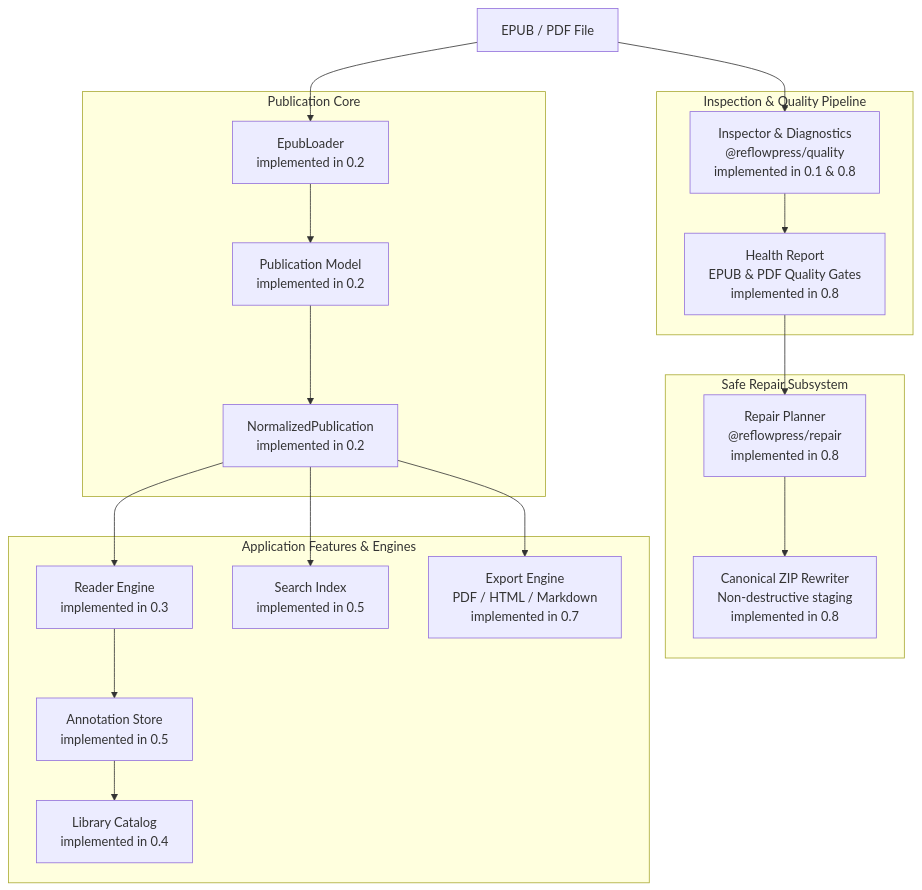
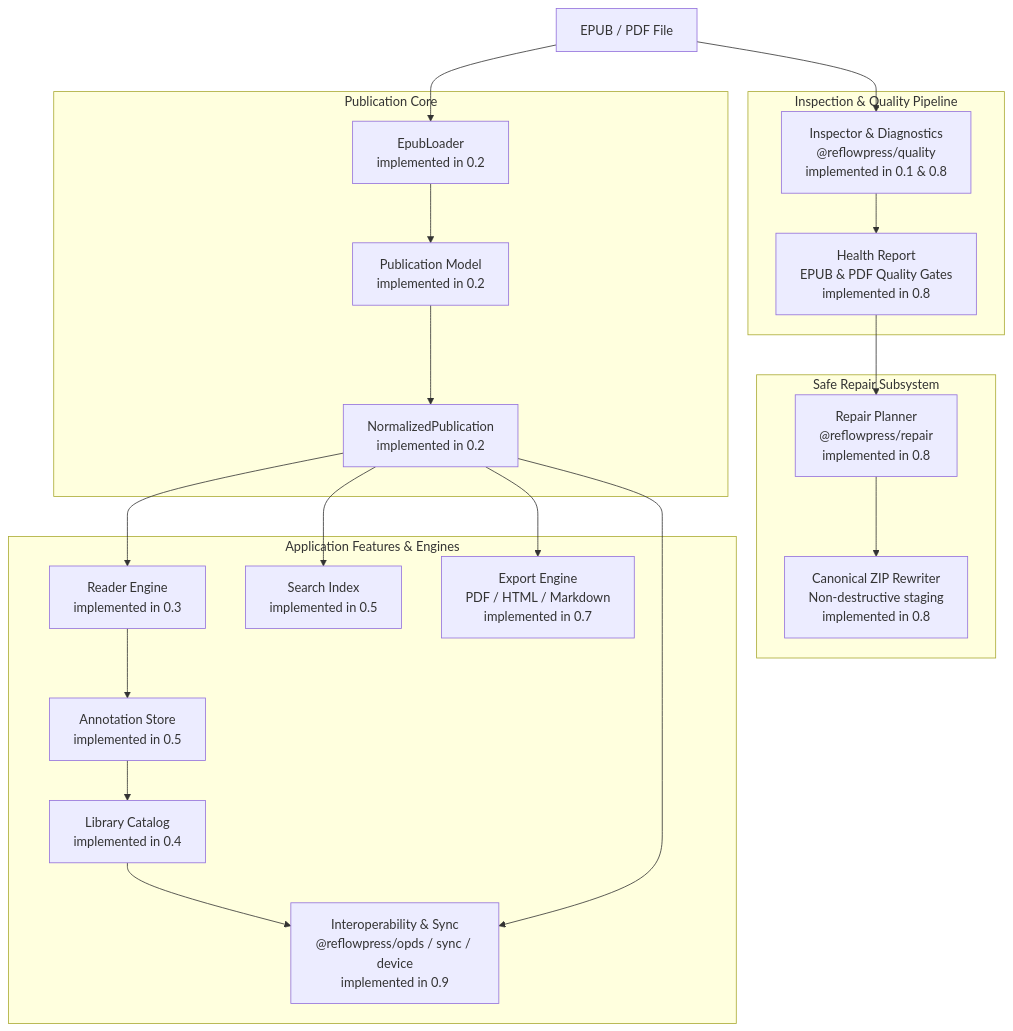
One commit to bosatsu25/ReflowPress changed the first of 9 diagrams in docs/architecture.md. Above: the diagram before and after it, drawn with Mermaid. The commit also changed other lines of this file and 10 other files, not shown here.

Commit message:
docs(interop): add ADR 0009, user guides, and update roadmap to Milestone 0.9 Complete

````diff
--- a/docs/architecture.md
+++ b/docs/architecture.md
@@ -11,38 +11,41 @@
 ```mermaid
 flowchart TD
     SOURCE[EPUB / PDF File]
 
     subgraph INSP_SUB[Inspection & Quality Pipeline]
         INSPECTOR[Inspector & Diagnostics<br/>@reflowpress/quality<br/>implemented in 0.1 & 0.8]
         HEALTH[Health Report<br/>EPUB & PDF Quality Gates<br/>implemented in 0.8]
     end
 
     subgraph REPAIR_SUB[Safe Repair Subsystem]
         PLANNER[Repair Planner<br/>@reflowpress/repair<br/>implemented in 0.8]
         REWRITER[Canonical ZIP Rewriter<br/>Non-destructive staging<br/>implemented in 0.8]
     end
 
     subgraph CORE_SUB[Publication Core]
         LOADER[EpubLoader<br/>implemented in 0.2]
         PUB_MODEL[Publication Model<br/>implemented in 0.2]
         NORMALIZED[NormalizedPublication<br/>implemented in 0.2]
     end
 
     subgraph CONSUMER_SUB[Application Features & Engines]
         READER[Reader Engine<br/>implemented in 0.3]
         ANNOTATION[Annotation Store<br/>implemented in 0.5]
         LIBRARY[Library Catalog<br/>implemented in 0.4]
         SEARCH[Search Index<br/>implemented in 0.5]
         EXPORT[Export Engine<br/>PDF / HTML / Markdown<br/>implemented in 0.7]
+        INTEROP[Interoperability & Sync<br/>@reflowpress/opds / sync / device<br/>implemented in 0.9]
     end
 
     SOURCE --> INSPECTOR --> HEALTH
     HEALTH --> PLANNER --> REWRITER
     SOURCE --> LOADER --> PUB_MODEL --> NORMALIZED
 
     NORMALIZED --> READER
     READER --> ANNOTATION
     ANNOTATION --> LIBRARY
     NORMALIZED --> SEARCH
     NORMALIZED --> EXPORT
+    LIBRARY --> INTEROP
+    NORMALIZED --> INTEROP
 ```
````
